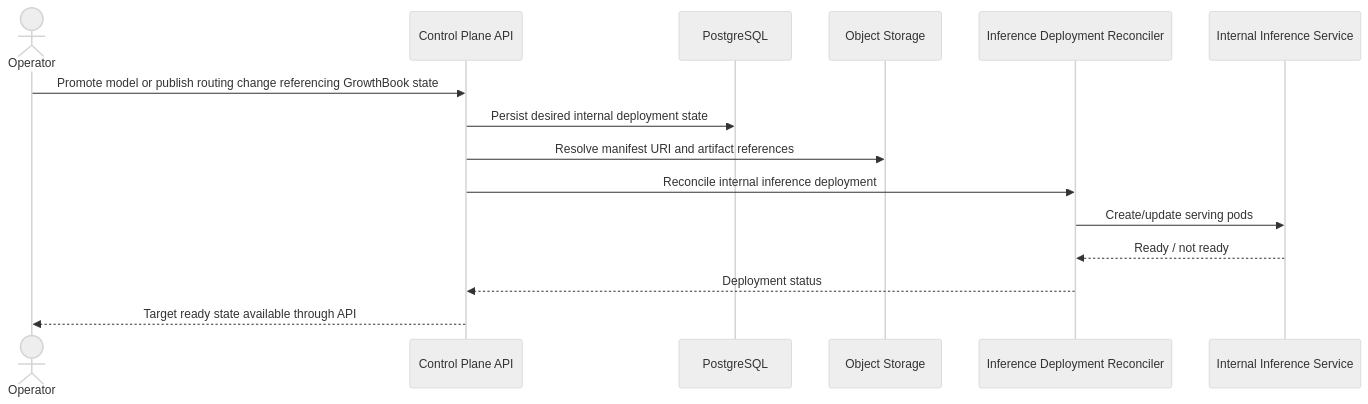
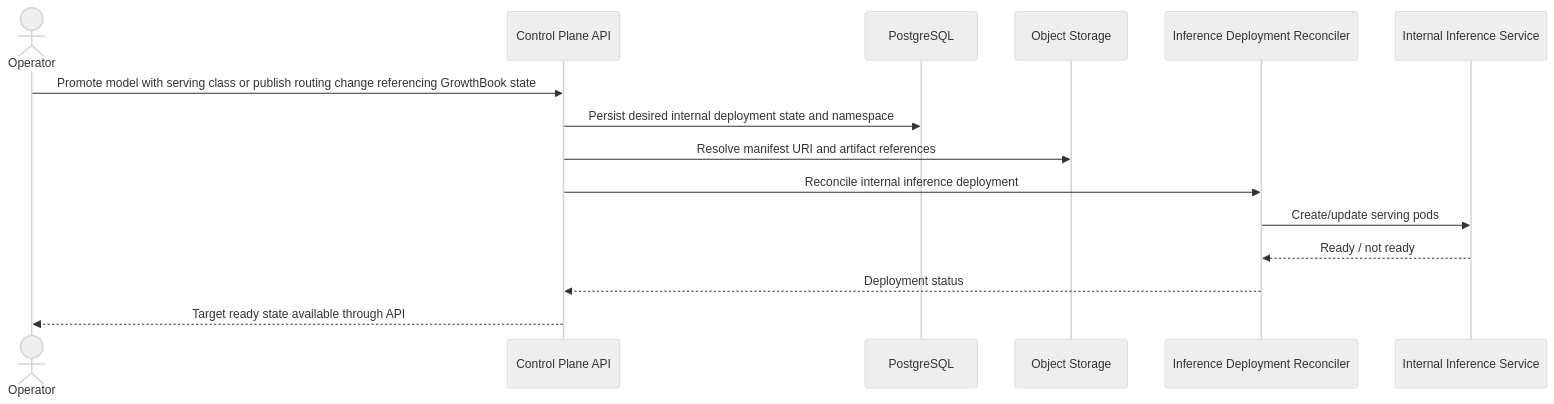
The third of 5 diagrams in README.md (brandon-benge/example-model-routing), drawn with Mermaid (neutral theme) before and after one commit. The commit also changed other lines of this file and 7 other files, not shown here.

First line of the commit message:
docs(example-model-routing): update documentation for routing model

````diff
--- a/README.md
+++ b/README.md
@@ -105,18 +106,18 @@
 ```mermaid
 sequenceDiagram
     actor Operator
     participant API as Control Plane API
     participant DB as PostgreSQL
     participant Obj as Object Storage
     participant Reconciler as Inference Deployment Reconciler
     participant Internal as Internal Inference Service
 
-    Operator->>API: Promote model or publish routing change referencing GrowthBook state
-    API->>DB: Persist desired internal deployment state
+    Operator->>API: Promote model with serving class or publish routing change referencing GrowthBook state
+    API->>DB: Persist desired internal deployment state and namespace
     API->>Obj: Resolve manifest URI and artifact references
     API->>Reconciler: Reconcile internal inference deployment
     Reconciler->>Internal: Create/update serving pods
     Internal-->>Reconciler: Ready / not ready
     Reconciler-->>API: Deployment status
     API-->>Operator: Target ready state available through API
 ```
````
